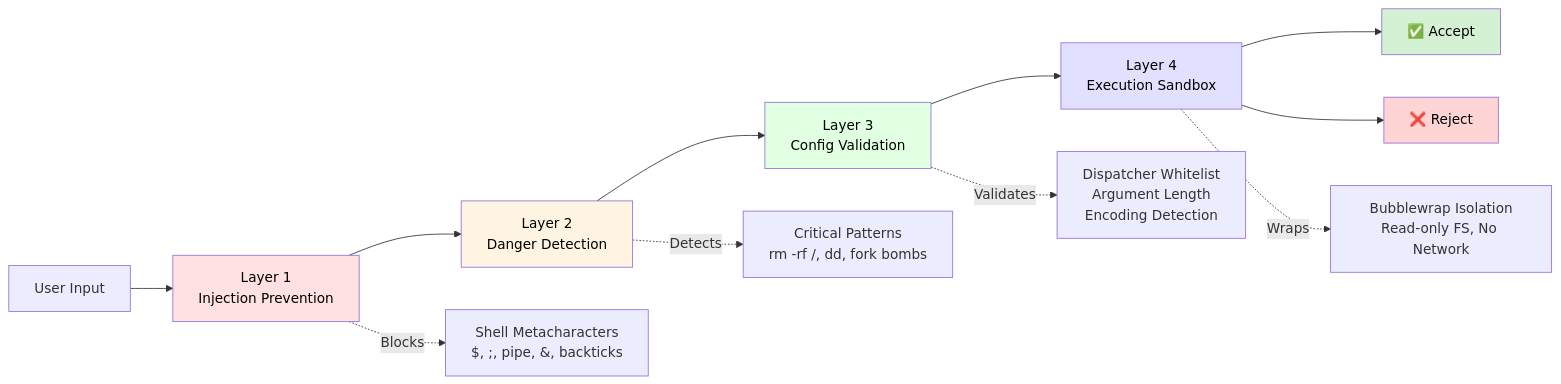
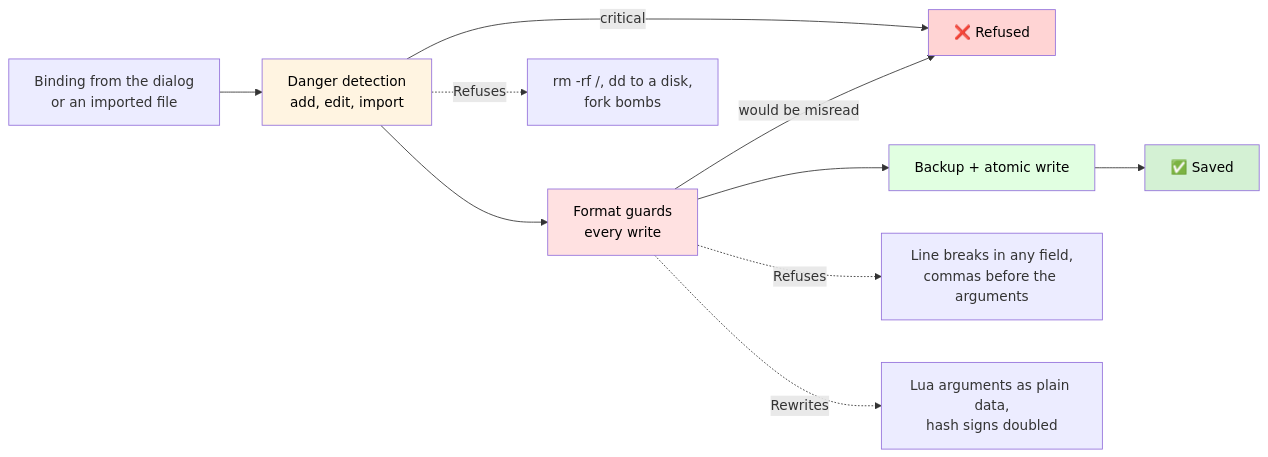
One commit to tidynest/hypr-keybind-manager changed the second of 2 diagrams in README.md. Above: the diagram before and after it, drawn with Mermaid. The commit also changed other lines of this file and 23 other files, not shown here.

````diff
--- a/README.md
+++ b/README.md
@@ -239,21 +238,19 @@
 ```mermaid
 graph LR
-    Input[User Input] --> L1[Layer 1<br/>Injection Prevention]
-    L1 --> L2[Layer 2<br/>Danger Detection]
-    L2 --> L3[Layer 3<br/>Config Validation]
-    L3 --> L4[Layer 4<br/>Execution Sandbox]
-    L4 --> Accept[✅ Accept]
-    L4 --> Reject[❌ Reject]
+    Input[Binding from the dialog<br/>or an imported file] --> D[Danger detection<br/>add, edit, import]
+    D -->|critical| Reject[❌ Refused]
+    D --> F[Format guards<br/>every write]
+    F -->|would be misread| Reject
+    F --> T[Backup + atomic write]
+    T --> Accept[✅ Saved]
 
-L1 -.->|Blocks| Inject[Shell Metacharacters<br/>$, ;, pipe, &, backticks]
-    L2 -.->|Detects| Danger[Critical Patterns<br/>rm -rf /, dd, fork bombs]
-    L3 -.->|Validates| Config[Dispatcher Whitelist<br/>Argument Length<br/>Encoding Detection]
-    L4 -.->|Wraps| Sandbox[Bubblewrap Isolation<br/>Read-only FS, No Network]
+    D -.->|Refuses| Danger[rm -rf /, dd to a disk,<br/>fork bombs]
+    F -.->|Refuses| Format[Line breaks in any field,<br/>commas before the arguments]
+    F -.->|Rewrites| Lua[Lua arguments as plain data,<br/>hash signs doubled]
 
-    style L1 fill:#ffe1e1,color:#000
-    style L2 fill:#fff4e1,color:#000
-    style L3 fill:#e1ffe1,color:#000
-    style L4 fill:#e1e1ff,color:#000
+    style D fill:#fff4e1,color:#000
+    style F fill:#ffe1e1,color:#000
+    style T fill:#e1ffe1,color:#000
     style Accept fill:#d4f1d4,color:#000
     style Reject fill:#ffd4d4,color:#000
 ```
````
